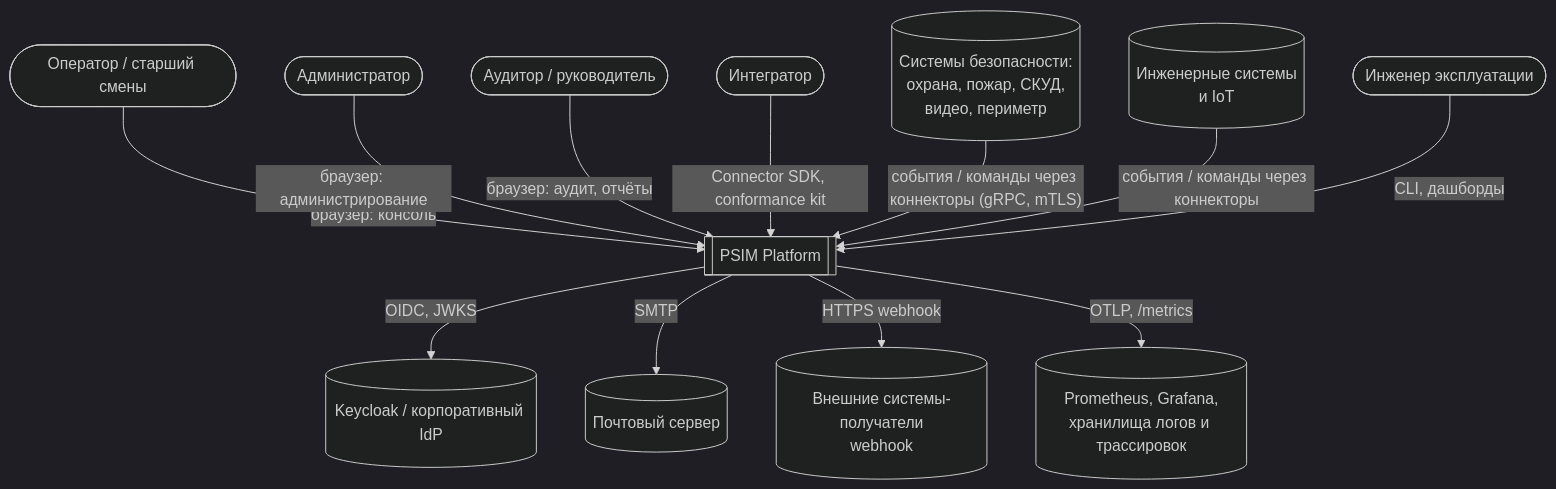
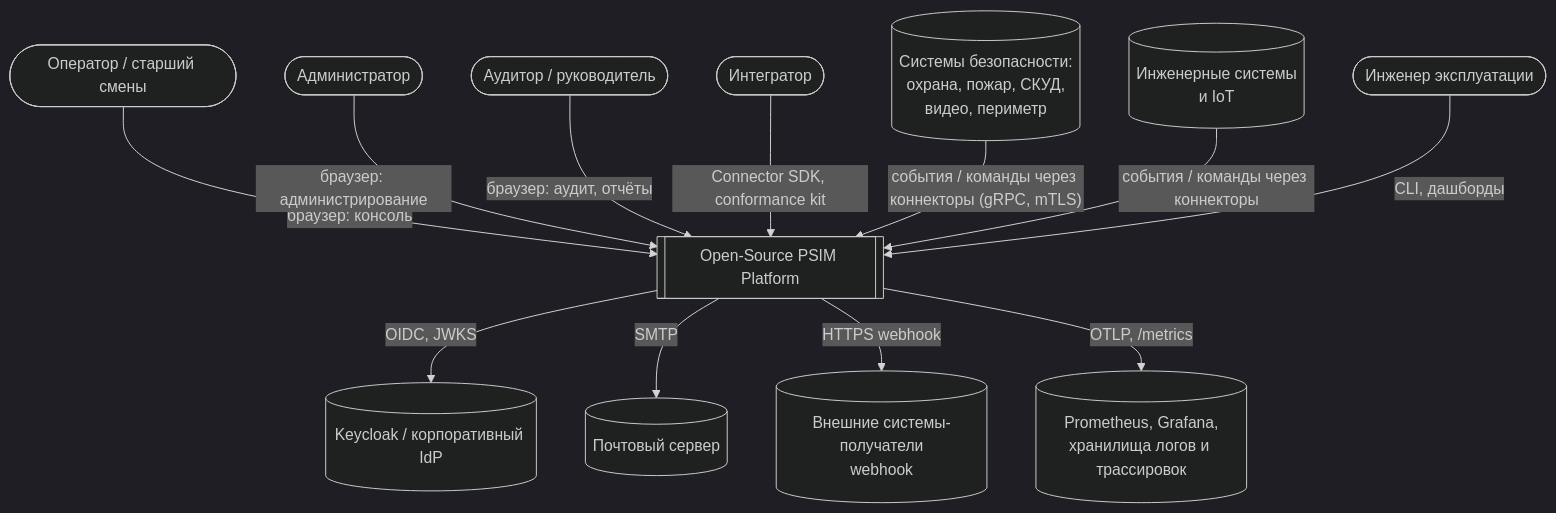
One commit to d8zerg/psim changed the first of 3 diagrams in docs/architecture/README.md. Above: the diagram before and after it, drawn with Mermaid (dark theme). The commit also changed other lines of this file and 35 other files, not shown here.

````diff
--- a/docs/architecture/README.md
+++ b/docs/architecture/README.md
@@ -94,29 +94,29 @@
 ```mermaid
 flowchart TB
     OP([Оператор / старший смены])
     ADM([Администратор])
     INTG([Интегратор])
     AUD([Аудитор / руководитель])
     ENG([Инженер эксплуатации])
 
-    PSIM[[PSIM Platform]]
+    PSIM[[Open-Source PSIM Platform]]
 
     SEC[(Системы безопасности:<br/>охрана, пожар, СКУД,<br/>видео, периметр)]
     ENGSYS[(Инженерные системы<br/>и IoT)]
     KC[(Keycloak / корпоративный IdP)]
     SMTP[(Почтовый сервер)]
     HOOK[(Внешние системы-получатели<br/>webhook)]
     OBS[(Prometheus, Grafana,<br/>хранилища логов и трассировок)]
 
     OP -- "браузер: консоль" --> PSIM
     ADM -- "браузер: администрирование" --> PSIM
     AUD -- "браузер: аудит, отчёты" --> PSIM
     INTG -- "Connector SDK, conformance kit" --> PSIM
     SEC -- "события / команды через коннекторы (gRPC, mTLS)" --> PSIM
     ENGSYS -- "события / команды через коннекторы" --> PSIM
     PSIM -- "OIDC, JWKS" --> KC
     PSIM -- "SMTP" --> SMTP
     PSIM -- "HTTPS webhook" --> HOOK
     PSIM -- "OTLP, /metrics" --> OBS
     ENG -- "CLI, дашборды" --> PSIM
 ```
````
